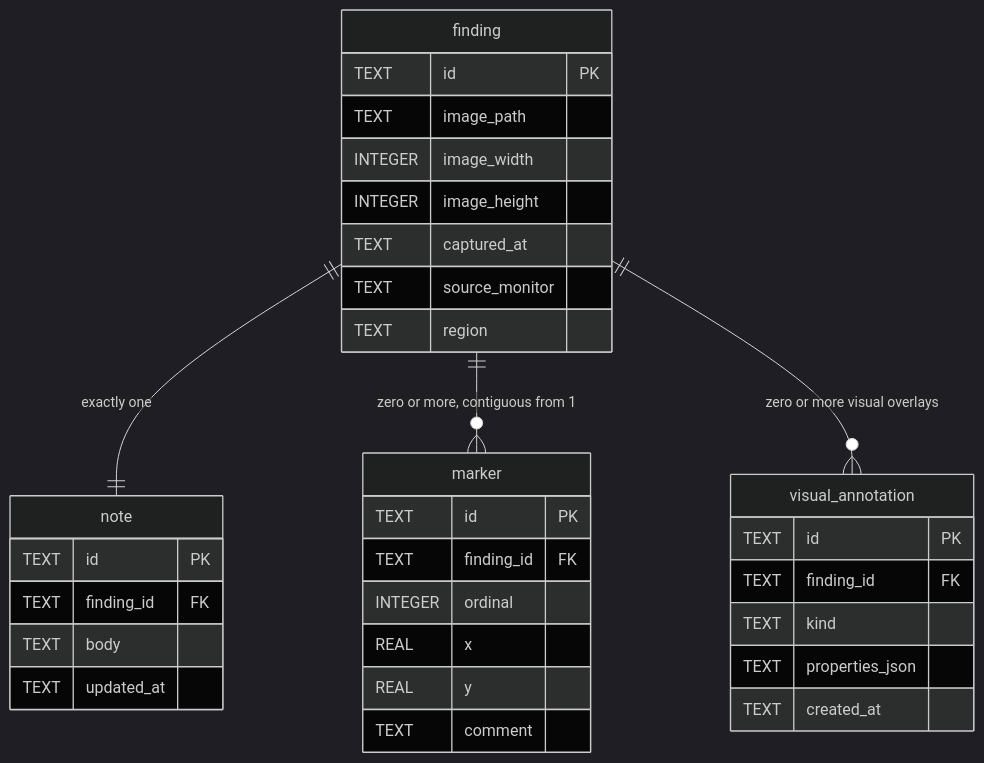
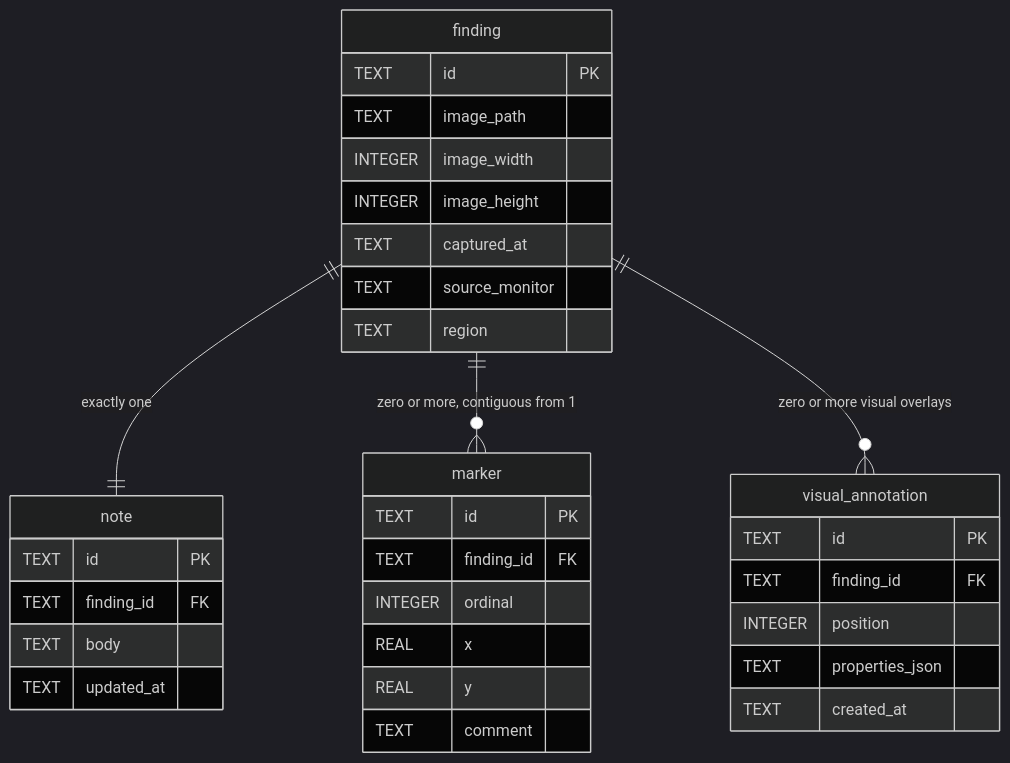
One commit to wiradigitalid/snapdown changed the diagram in .how/finding/05-model/data-model.md. Above: the diagram before and after it, drawn with Mermaid (dark theme). The commit also changed other lines of this file and 32 other files, not shown here.

````diff
--- a/.how/finding/05-model/data-model.md
+++ b/.how/finding/05-model/data-model.md
@@ -12,36 +12,36 @@
 ```mermaid
 erDiagram
     finding ||--|| note : "exactly one"
     finding ||--o{ marker : "zero or more, contiguous from 1"
     finding ||--o{ visual_annotation : "zero or more visual overlays"
     finding {
         TEXT id PK
         TEXT image_path
         INTEGER image_width
         INTEGER image_height
         TEXT captured_at
         TEXT source_monitor
         TEXT region
     }
     note {
         TEXT id PK
         TEXT finding_id FK
         TEXT body
         TEXT updated_at
     }
     marker {
         TEXT id PK
         TEXT finding_id FK
         INTEGER ordinal
         REAL x
         REAL y
         TEXT comment
     }
     visual_annotation {
         TEXT id PK
         TEXT finding_id FK
-        TEXT kind
+        INTEGER position
         TEXT properties_json
         TEXT created_at
     }
 ```
````
